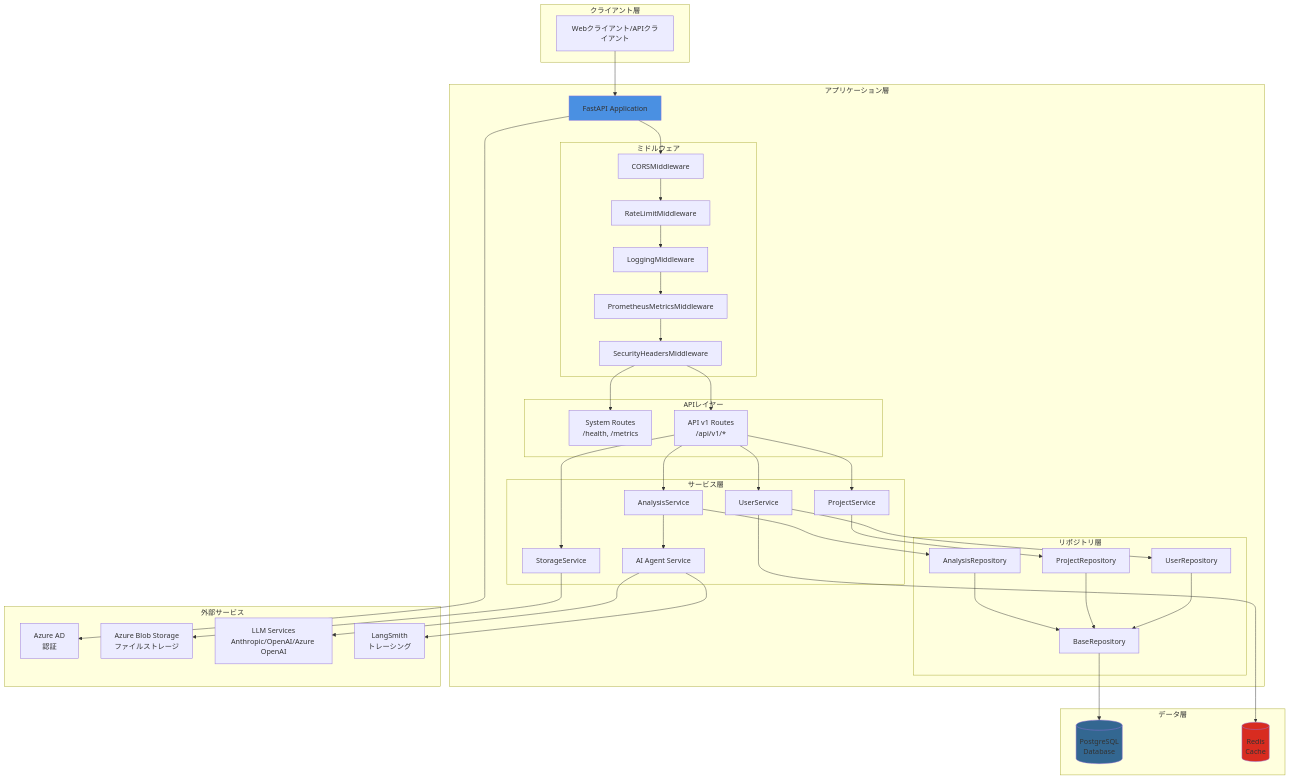
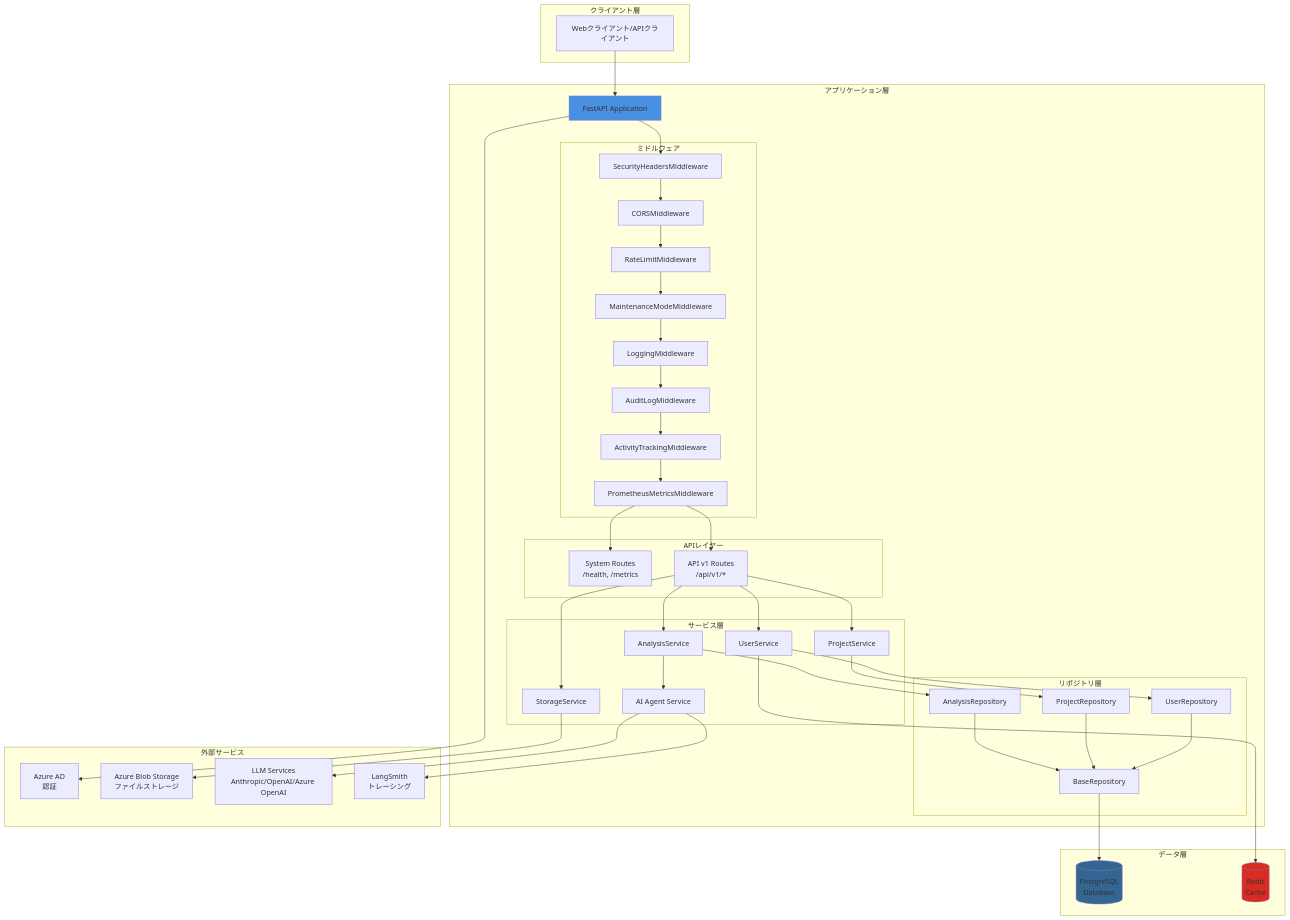
Before and after one commit to nomura-koshiro/genai-app-docs: the first of 14 diagrams in docs/specifications/04-architecture/01-system-architecture.md, drawn with Mermaid. The commit also changed other lines of this file and 29 other files, not shown here.

```diff
--- a/docs/specifications/04-architecture/01-system-architecture.md
+++ b/docs/specifications/04-architecture/01-system-architecture.md
@@ -36,11 +36,14 @@
         FastAPI[FastAPI Application]
 
         subgraph "ミドルウェア"
+            SecurityHeaders[SecurityHeadersMiddleware]
             CORS[CORSMiddleware]
             RateLimit[RateLimitMiddleware]
+            Maintenance[MaintenanceModeMiddleware]
             Logging[LoggingMiddleware]
+            AuditLog[AuditLogMiddleware]
+            Activity[ActivityTrackingMiddleware]
             Metrics[PrometheusMetricsMiddleware]
-            SecurityHeaders[SecurityHeadersMiddleware]
         end
 
         subgraph "APIレイヤー"
@@ -77,13 +80,16 @@
     end
 
     Client --> FastAPI
-    FastAPI --> CORS
+    FastAPI --> SecurityHeaders
+    SecurityHeaders --> CORS
     CORS --> RateLimit
-    RateLimit --> Logging
-    Logging --> Metrics
-    Metrics --> SecurityHeaders
-    SecurityHeaders --> SystemAPI
-    SecurityHeaders --> V1API
+    RateLimit --> Maintenance
+    Maintenance --> Logging
+    Logging --> AuditLog
+    AuditLog --> Activity
+    Activity --> Metrics
+    Metrics --> SystemAPI
+    Metrics --> V1API
 
     V1API --> UserService
     V1API --> ProjectService
```
